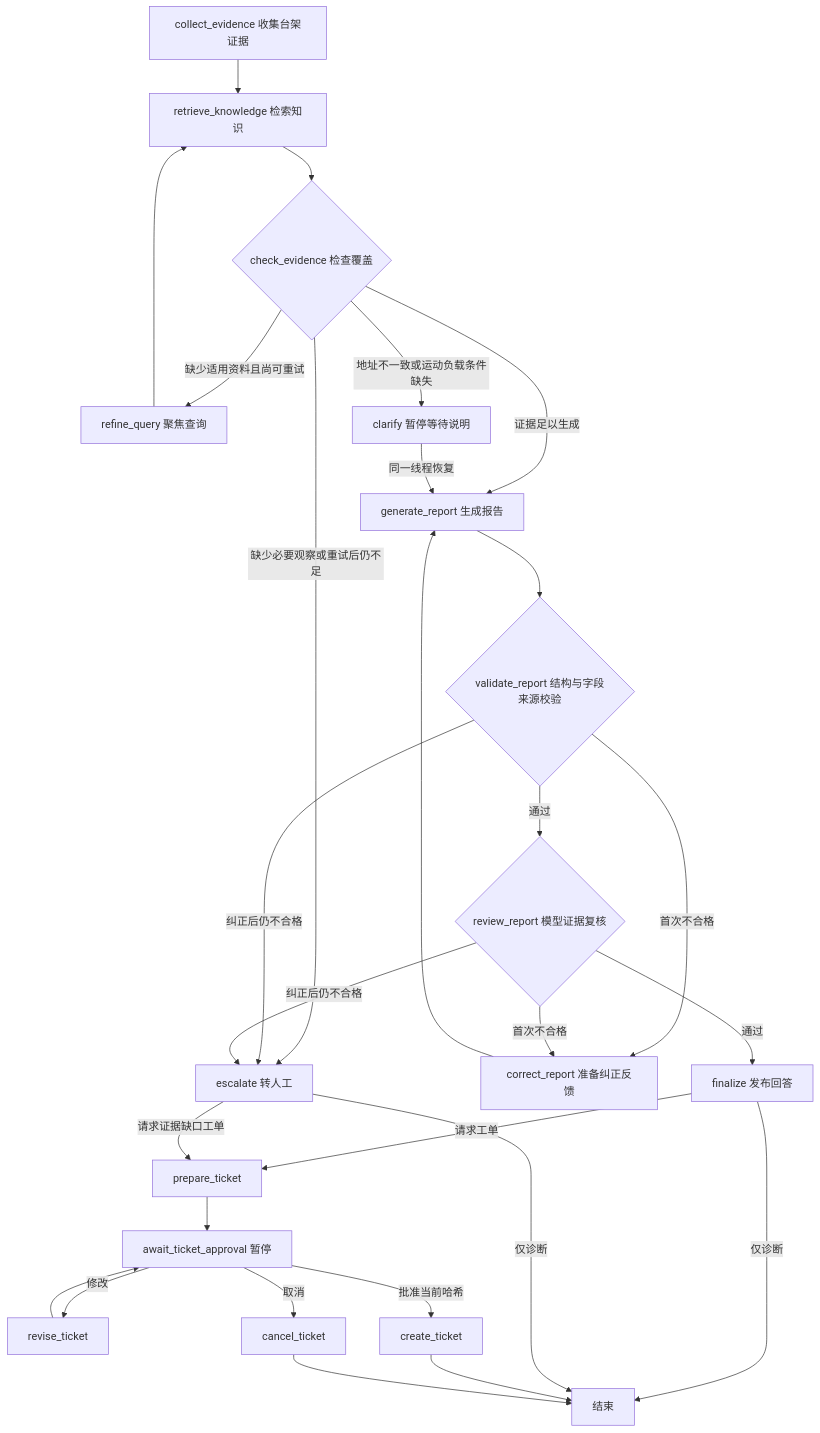
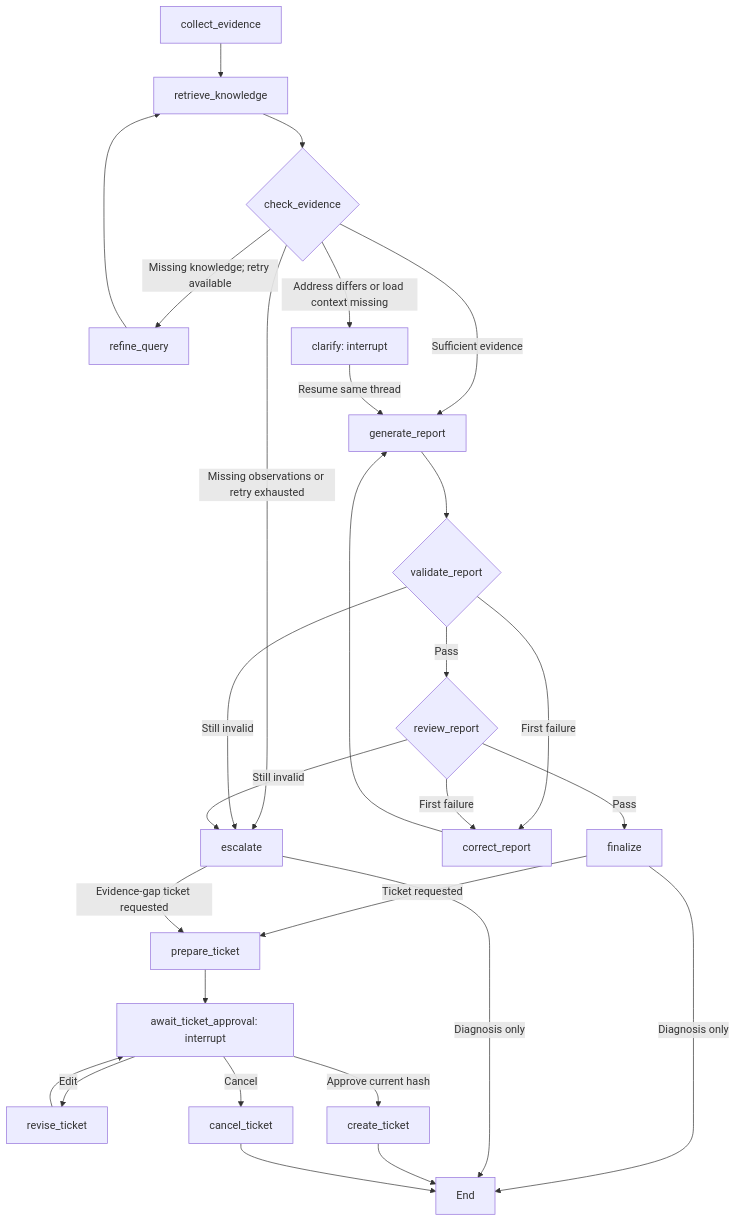
The diagram in docs/langgraph_workflow.md (BingYH/RAG_Demo), drawn with Mermaid before and after one commit. The commit also changed other lines of this file and 52 other files, not shown here.

````diff
--- a/docs/langgraph_workflow.md
+++ b/docs/langgraph_workflow.md
@@ -7,30 +12,30 @@
 ```mermaid
 flowchart TD
-    A[collect_evidence 收集台架证据] --> B[retrieve_knowledge 检索知识]
-    B --> C{check_evidence 检查覆盖}
-    C -->|缺少适用资料且尚可重试| D[refine_query 聚焦查询]
+    A[collect_evidence] --> B[retrieve_knowledge]
+    B --> C{check_evidence}
+    C -->|Missing knowledge; retry available| D[refine_query]
     D --> B
-    C -->|缺少必要观察或重试后仍不足| X[escalate 转人工]
-    C -->|地址不一致或运动负载条件缺失| E[clarify 暂停等待说明]
-    C -->|证据足以生成| F[generate_report 生成报告]
-    E -->|同一线程恢复| F
-    F --> G{validate_report 结构与字段来源校验}
-    G -->|通过| H{review_report 模型证据复核}
-    G -->|首次不合格| I[correct_report 准备纠正反馈]
-    H -->|首次不合格| I
+    C -->|Missing observations or retry exhausted| X[escalate]
+    C -->|Address differs or load context missing| E[clarify: interrupt]
+    C -->|Sufficient evidence| F[generate_report]
+    E -->|Resume same thread| F
+    F --> G{validate_report}
+    G -->|Pass| H{review_report}
+    G -->|First failure| I[correct_report]
+    H -->|First failure| I
     I --> F
-    G -->|纠正后仍不合格| X
-    H -->|纠正后仍不合格| X
-    H -->|通过| J[finalize 发布回答]
-    J -->|请求工单| P[prepare_ticket]
-    X -->|请求证据缺口工单| P
-    J -->|仅诊断| Z[结束]
-    X -->|仅诊断| Z
-    P --> T[await_ticket_approval 暂停]
-    T -->|修改| R[revise_ticket]
+    G -->|Still invalid| X
+    H -->|Still invalid| X
+    H -->|Pass| J[finalize]
+    J -->|Ticket requested| P[prepare_ticket]
+    X -->|Evidence-gap ticket requested| P
+    J -->|Diagnosis only| Z[End]
+    X -->|Diagnosis only| Z
+    P --> T[await_ticket_approval: interrupt]
+    T -->|Edit| R[revise_ticket]
     R --> T
-    T -->|批准当前哈希| W[create_ticket]
-    T -->|取消| Y[cancel_ticket]
+    T -->|Approve current hash| W[create_ticket]
+    T -->|Cancel| Y[cancel_ticket]
     W --> Z
     Y --> Z
 ```
````
